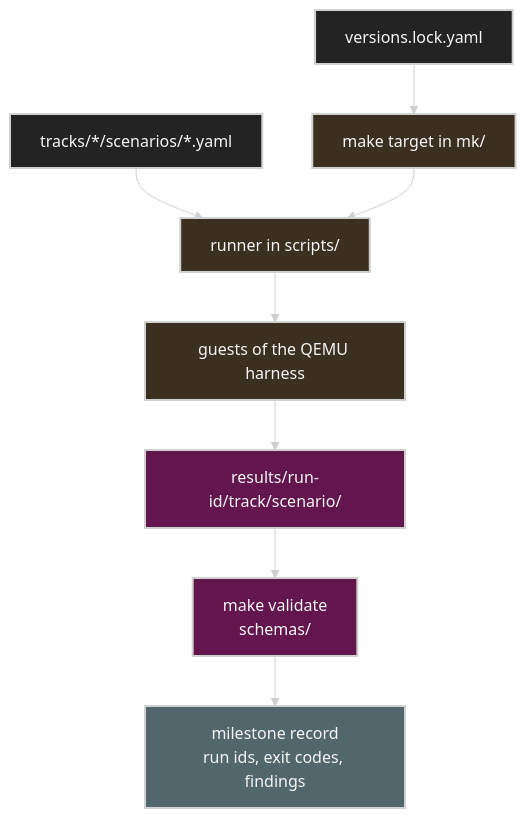
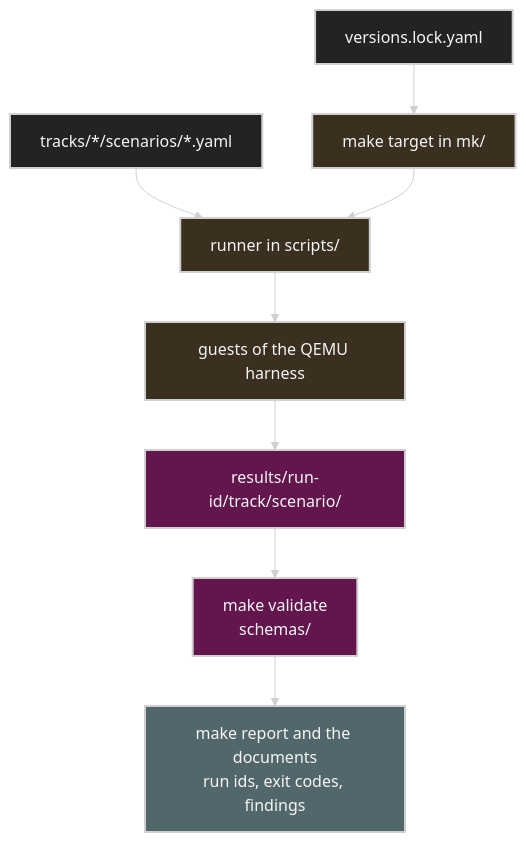
The diagram in .site/src/content/docs/repository/index.mdx (ziwon/rdma-fabric-lab), drawn with Mermaid before and after one commit. The commit also changed other lines of this file and 185 other files, not shown here.

First line of the commit message:
docs: retire the milestone records and keep their knowledge in the documents that stay (#9)

````diff
--- a/.site/src/content/docs/repository/index.mdx
+++ b/.site/src/content/docs/repository/index.mdx
@@ -27,20 +27,20 @@
 ```mermaid
 %%{init: {"theme": "base", "themeVariables": {"background": "#171717", "primaryColor": "#232323", "primaryTextColor": "#f5f5f5", "primaryBorderColor": "#d0d0d0", "lineColor": "#cfcfcf", "fontFamily": "Inter, Arial, sans-serif"}}}%%
 flowchart TB
     L[versions.lock.yaml] --> M[make target in mk/]
     S[tracks/*/scenarios/*.yaml] --> R[runner in scripts/]
     M --> R
     R --> G[guests of the QEMU harness]
     G --> D[results/run-id/track/scenario/]
     D --> V[make validate<br/>schemas/]
-    V --> Rec[milestone record<br/>run ids, exit codes, findings]
+    V --> Rec[make report and the documents<br/>run ids, exit codes, findings]
 
     classDef primary fill:#232323,stroke:#d0d0d0,color:#f5f5f5,stroke-width:2px;
     classDef secondary fill:#3b2f20,stroke:#d0d0d0,color:#f5f5f5,stroke-width:2px;
     classDef note fill:#52676b,stroke:#d0d0d0,color:#f5f5f5,stroke-width:2px;
     classDef accent fill:#62164d,stroke:#d0d0d0,color:#f5f5f5,stroke-width:2px;
     class L,S primary
     class M,R,G secondary
     class D,V accent
     class Rec note
 ```
````
